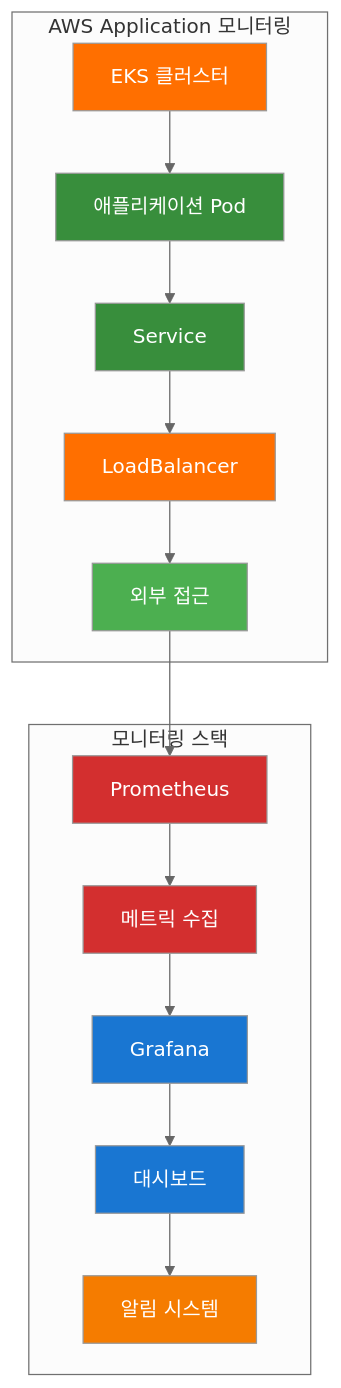
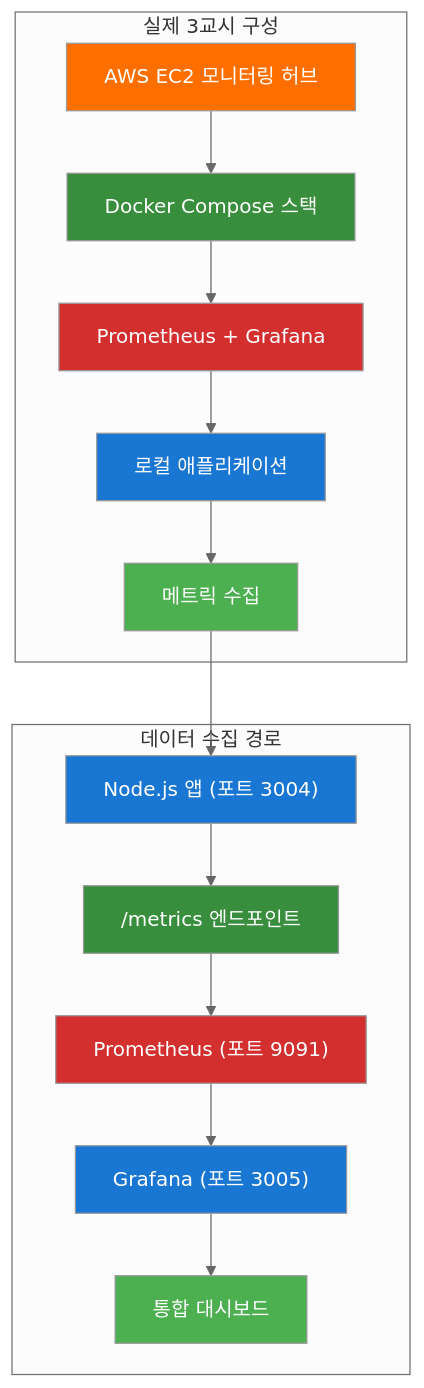
One commit to jungfrau70/mcp_cloud changed the first of 9 diagrams in mcp_knowledge_base/cloud_intermediate/lectures/day2/Day2_통합강의안_오후.md. Above: the diagram before and after it, drawn with Mermaid (neutral theme). The commit also changed other lines of this file, not shown here.

````diff
--- a/mcp_knowledge_base/cloud_intermediate/lectures/day2/Day2_통합강의안_오후.md
+++ b/mcp_knowledge_base/cloud_intermediate/lectures/day2/Day2_통합강의안_오후.md
@@ -24,29 +24,29 @@
 ```mermaid
 flowchart TD
-    subgraph "AWS Application 모니터링"
-        A["EKS 클러스터"] --> B["애플리케이션 Pod"]
-        B --> C["Service"]
-        C --> D["LoadBalancer"]
-        D --> E["외부 접근"]
+    subgraph "실제 3교시 구성"
+        A["AWS EC2 모니터링 허브"] --> B["Docker Compose 스택"]
+        B --> C["Prometheus + Grafana"]
+        C --> D["로컬 애플리케이션"]
+        D --> E["메트릭 수집"]
     end
     
-    subgraph "모니터링 스택"
-        F["Prometheus"] --> G["메트릭 수집"]
-        G --> H["Grafana"]
-        H --> I["대시보드"]
-        I --> J["알림 시스템"]
+    subgraph "데이터 수집 경로"
+        F["Node.js 앱 (포트 3004)"] --> G["/metrics 엔드포인트"]
+        G --> H["Prometheus (포트 9091)"]
+        H --> I["Grafana (포트 3005)"]
+        I --> J["통합 대시보드"]
     end
     
     E --> F
     
     style A fill:#ff6f00,color:#ffffff
     style B fill:#388e3c,color:#ffffff
-    style C fill:#388e3c,color:#ffffff
-    style D fill:#ff6f00,color:#ffffff
+    style C fill:#d32f2f,color:#ffffff
+    style D fill:#1976d2,color:#ffffff
     style E fill:#4caf50,color:#ffffff
-    style F fill:#d32f2f,color:#ffffff
-    style G fill:#d32f2f,color:#ffffff
-    style H fill:#1976d2,color:#ffffff
+    style F fill:#1976d2,color:#ffffff
+    style G fill:#388e3c,color:#ffffff
+    style H fill:#d32f2f,color:#ffffff
     style I fill:#1976d2,color:#ffffff
-    style J fill:#f57c00,color:#ffffff
+    style J fill:#4caf50,color:#ffffff
 ```
````
